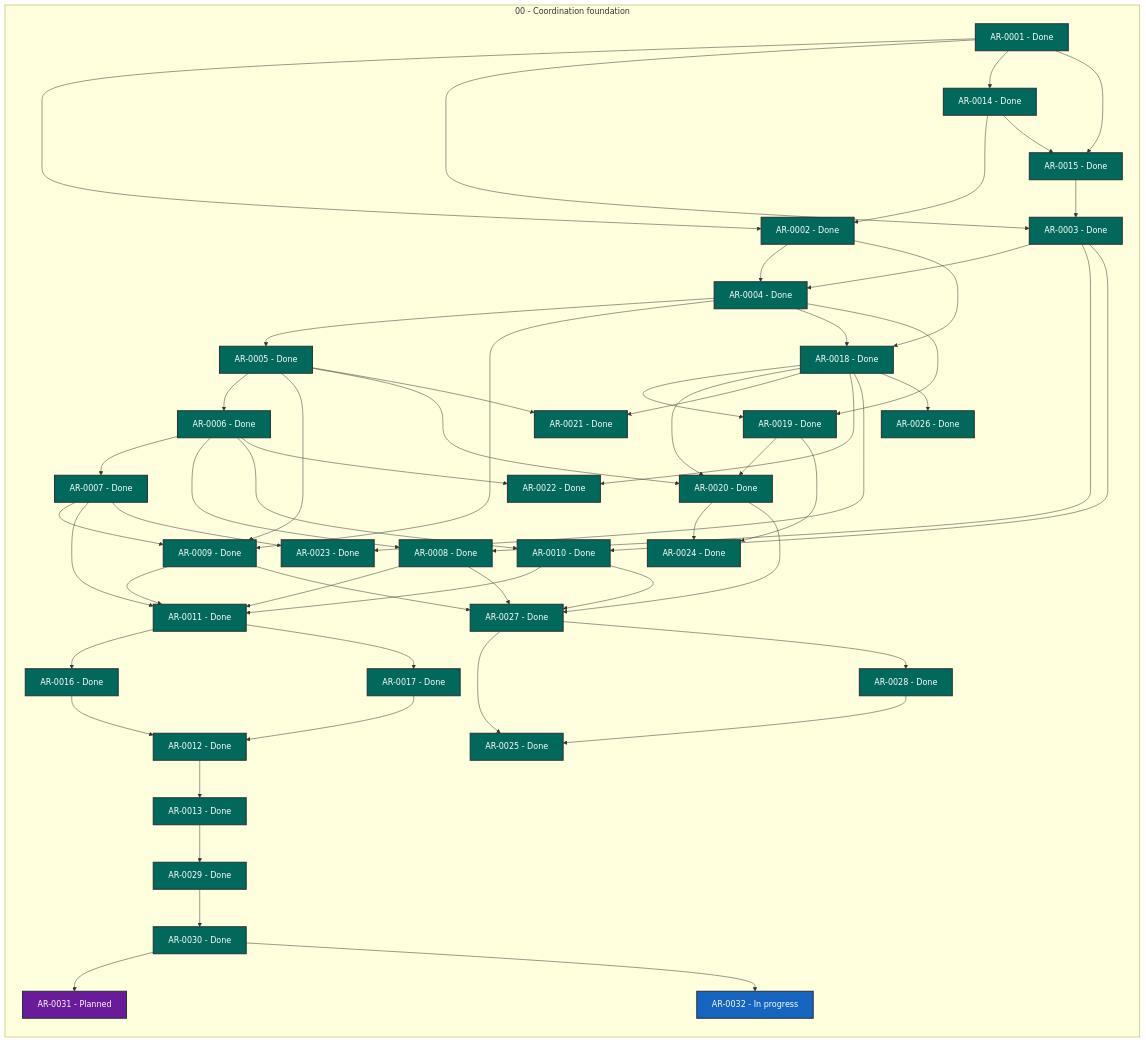
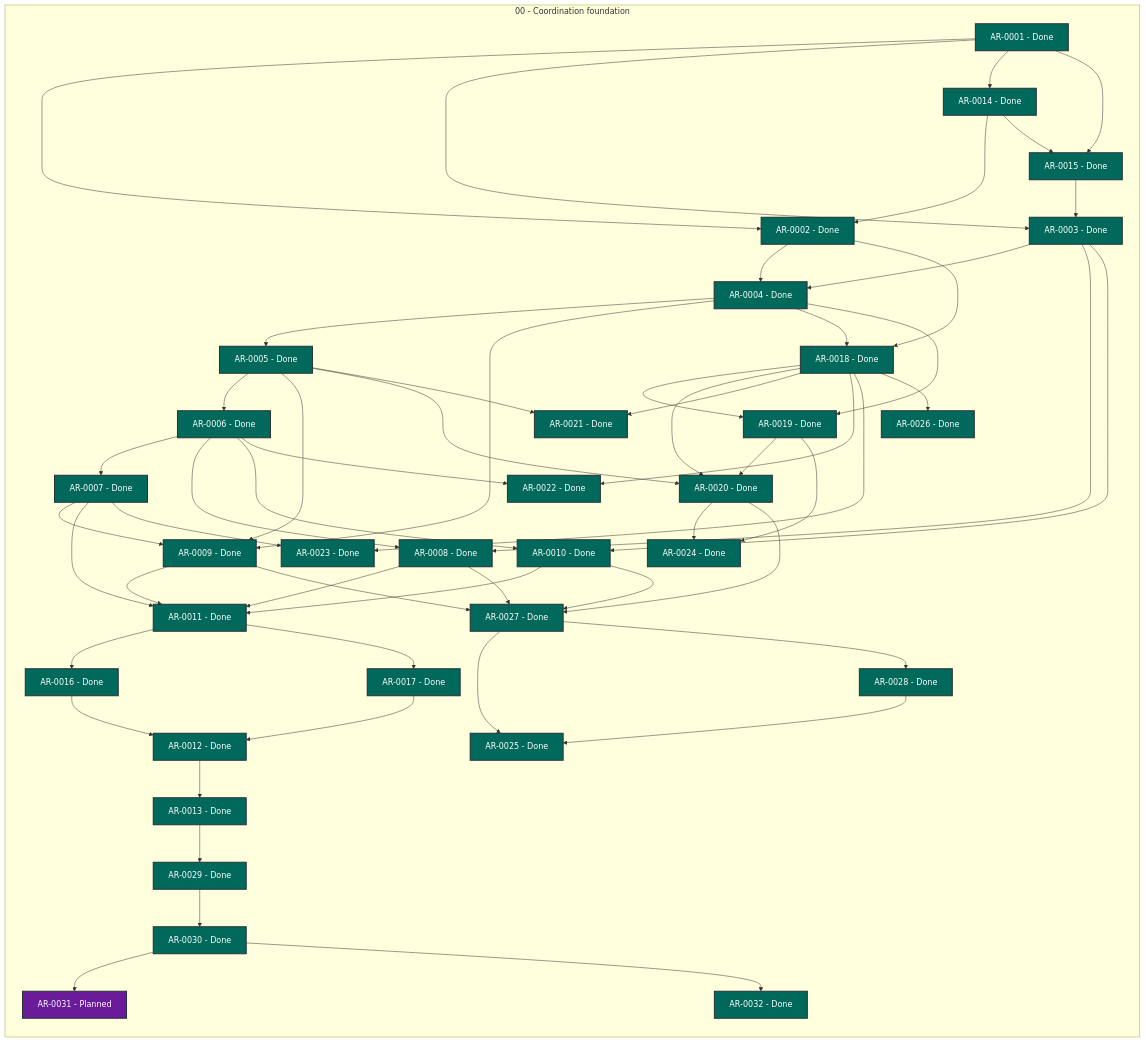
Before and after one commit to martin-beck/agent-workflow-tui-state: the diagram in STATUS.md, drawn with Mermaid. The commit also changed other lines of this file and 2 other files, not shown here.

```diff
--- a/STATUS.md
+++ b/STATUS.md
@@ -59,7 +59,7 @@
         AR_0029["AR-0029 - Done"]:::status_done
         AR_0030["AR-0030 - Done"]:::status_done
         AR_0031["AR-0031 - Planned"]:::status_planned
-        AR_0032["AR-0032 - In progress"]:::status_in_progress
+        AR_0032["AR-0032 - Done"]:::status_done
     end
     AR_0001 --> AR_0002
     AR_0001 --> AR_0003
```
